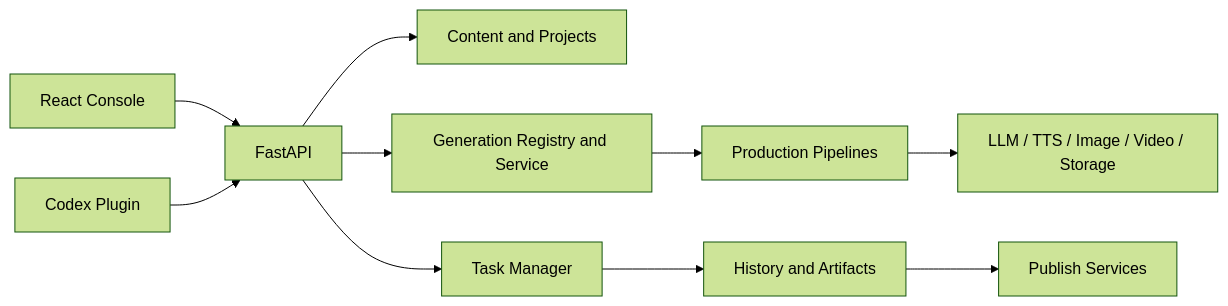
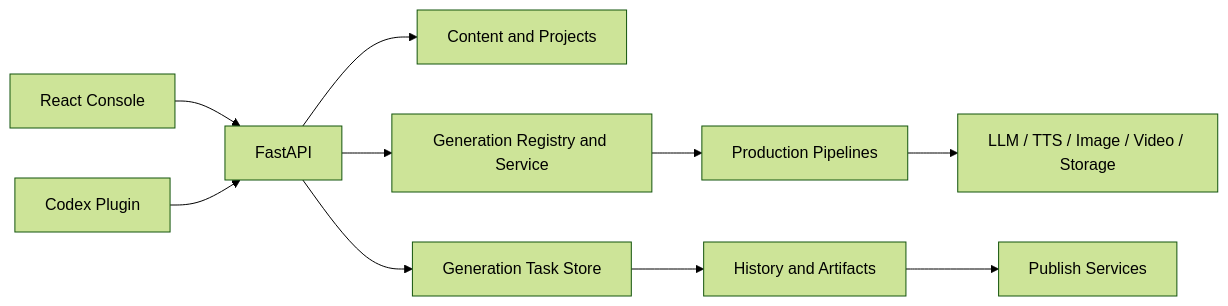
One commit to zhihao93li/Pixelle-Video-plus changed the diagram in docs/en/product/current-product.md. Above: the diagram before and after it, drawn with Mermaid (forest theme). The commit also changed other lines of this file and 68 other files, not shown here.

````diff
--- a/docs/en/product/current-product.md
+++ b/docs/en/product/current-product.md
@@ -29,12 +29,12 @@
 ```mermaid
 flowchart LR
     UI[React Console] --> API[FastAPI]
     Agent[Codex Plugin] --> API
     API --> Content[Content and Projects]
     API --> Generation[Generation Registry and Service]
-    API --> Tasks[Task Manager]
+    API --> Tasks[Generation Task Store]
     Generation --> Pipelines[Production Pipelines]
     Pipelines --> Services[LLM / TTS / Image / Video / Storage]
     Tasks --> History[History and Artifacts]
     History --> Publish[Publish Services]
 ```
````
